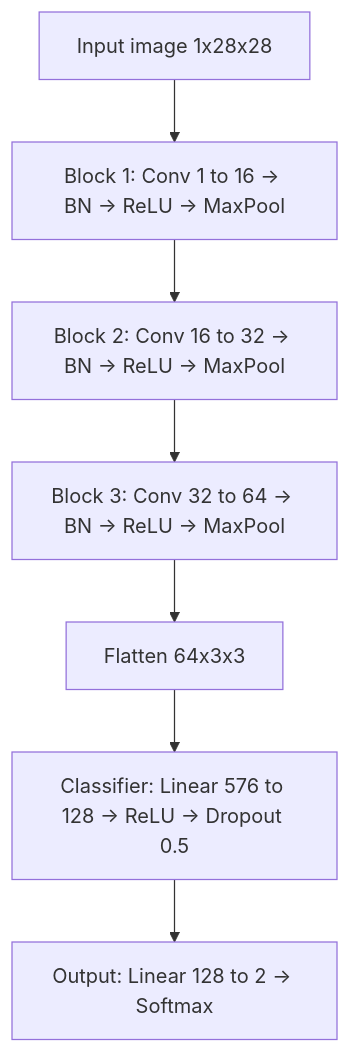
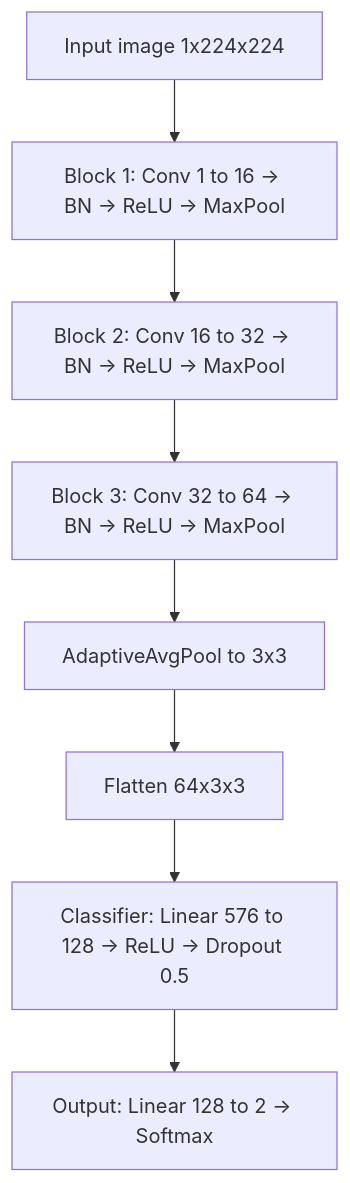
One commit to shellyycao/IDS705_ML_Final_Project_Group10 changed the diagram in README.md. Above: the diagram before and after it, drawn with Mermaid. The commit also changed other lines of this file and 1 other file, not shown here.

````diff
--- a/README.md
+++ b/README.md
@@ -22,12 +23,13 @@
 ```mermaid
 flowchart TB
-    A[Input image 1x28x28]
+    A[Input image 1x224x224]
     B[Block 1: Conv 1 to 16 -> BN -> ReLU -> MaxPool]
     C[Block 2: Conv 16 to 32 -> BN -> ReLU -> MaxPool]
     D[Block 3: Conv 32 to 64 -> BN -> ReLU -> MaxPool]
-    E[Flatten 64x3x3]
-    F[Classifier: Linear 576 to 128 -> ReLU -> Dropout 0.5]
-    G[Output: Linear 128 to 2 -> Softmax]
+    E[AdaptiveAvgPool to 3x3]
+    F[Flatten 64x3x3]
+    G[Classifier: Linear 576 to 128 -> ReLU -> Dropout 0.5]
+    H[Output: Linear 128 to 2 -> Softmax]
 
-    A --> B --> C --> D --> E --> F --> G
+    A --> B --> C --> D --> E --> F --> G --> H
 ```
````
